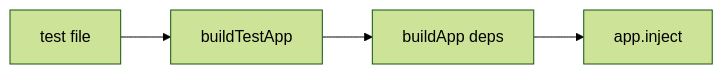
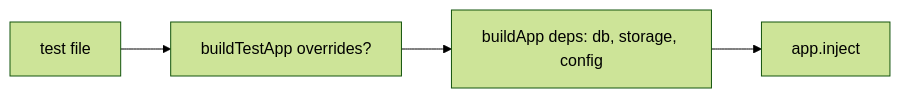
One commit to AzamatRaimbekov2/openCreate changed the diagram in apps/api/test/helpers/build-test-app.ts.md. Above: the diagram before and after it, drawn with Mermaid (forest theme). The commit also changed other lines of this file and 8 other files, not shown here.

````diff
--- a/apps/api/test/helpers/build-test-app.ts.md
+++ b/apps/api/test/helpers/build-test-app.ts.md
@@ -19,4 +19,4 @@
 ```mermaid
 flowchart LR
-  T[test file] --> H[buildTestApp] --> A[buildApp deps] --> I[app.inject]
+  T[test file] --> H[buildTestApp overrides?] --> A[buildApp deps: db, storage, config] --> I[app.inject]
 ```
````
